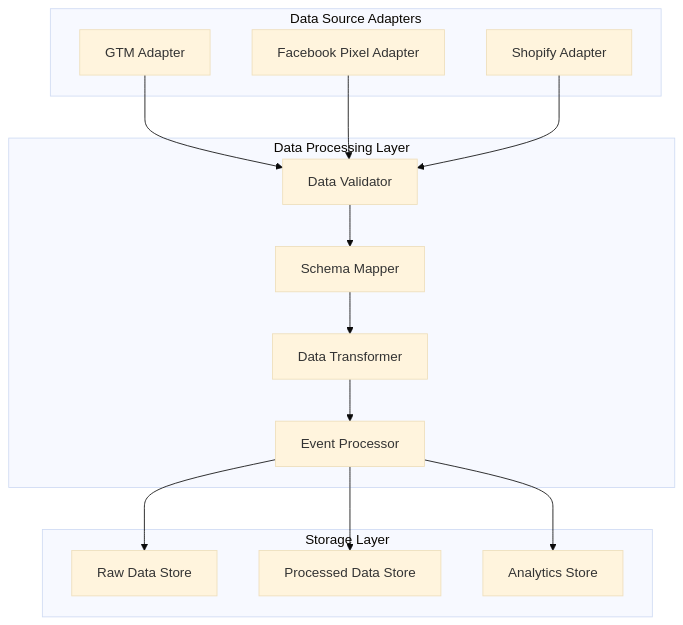
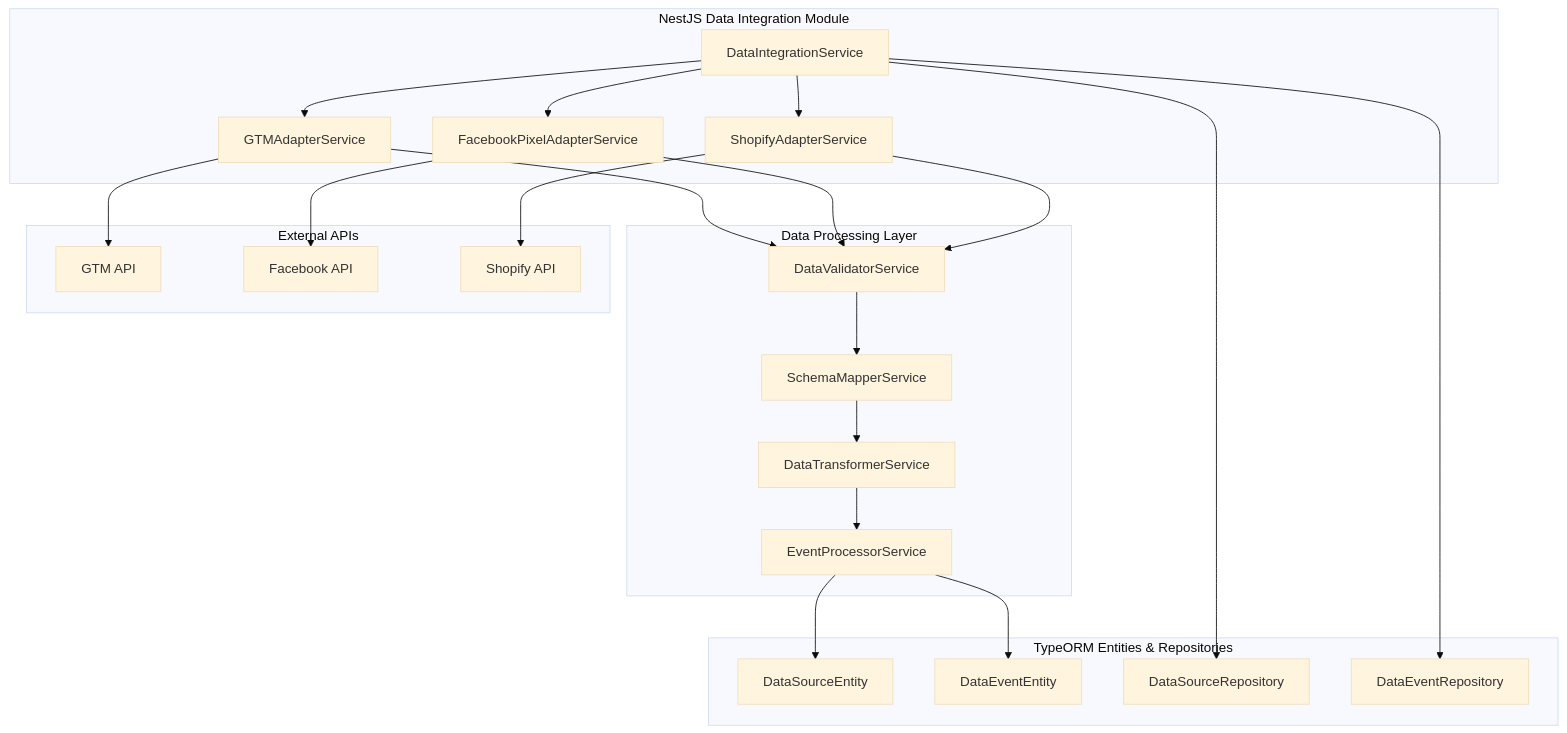
One commit to sakibrahmanchy/markopolo-ai-fullstack-challenge changed the fifth of 9 diagrams in docs/system-design.md. Above: the diagram before and after it, drawn with Mermaid (base theme). The commit also changed other lines of this file and 3 other files, not shown here.

````diff
--- a/docs/system-design.md
+++ b/docs/system-design.md
@@ -238,31 +252,46 @@
 ```mermaid
 graph TB
-    subgraph "Data Source Adapters"
-        A[GTM Adapter]
-        B[Facebook Pixel Adapter]
-        C[Shopify Adapter]
+    subgraph "NestJS Data Integration Module"
+        A[DataIntegrationService]
+        B[GTMAdapterService]
+        C[FacebookPixelAdapterService]
+        D[ShopifyAdapterService]
     end
     
     subgraph "Data Processing Layer"
-        D[Data Validator]
-        E[Schema Mapper]
-        F[Data Transformer]
-        G[Event Processor]
+        E[DataValidatorService]
+        F[SchemaMapperService]
+        G[DataTransformerService]
+        H[EventProcessorService]
     end
     
-    subgraph "Storage Layer"
-        H[Raw Data Store]
-        I[Processed Data Store]
-        J[Analytics Store]
+    subgraph "TypeORM Entities & Repositories"
+        I[DataSourceEntity]
+        J[DataEventEntity]
+        K[DataSourceRepository]
+        L[DataEventRepository]
     end
     
+    subgraph "External APIs"
+        M[GTM API]
+        N[Facebook API]
+        O[Shopify API]
+    end
+    
+    A --> B
+    A --> C
     A --> D
-    B --> D
-    C --> D
+    B --> M
+    C --> N
+    D --> O
+    B --> E
+    C --> E
     D --> E
     E --> F
     F --> G
     G --> H
-    G --> I
-    G --> J
+    H --> I
+    H --> J
+    A --> K
+    A --> L
 ```
````
